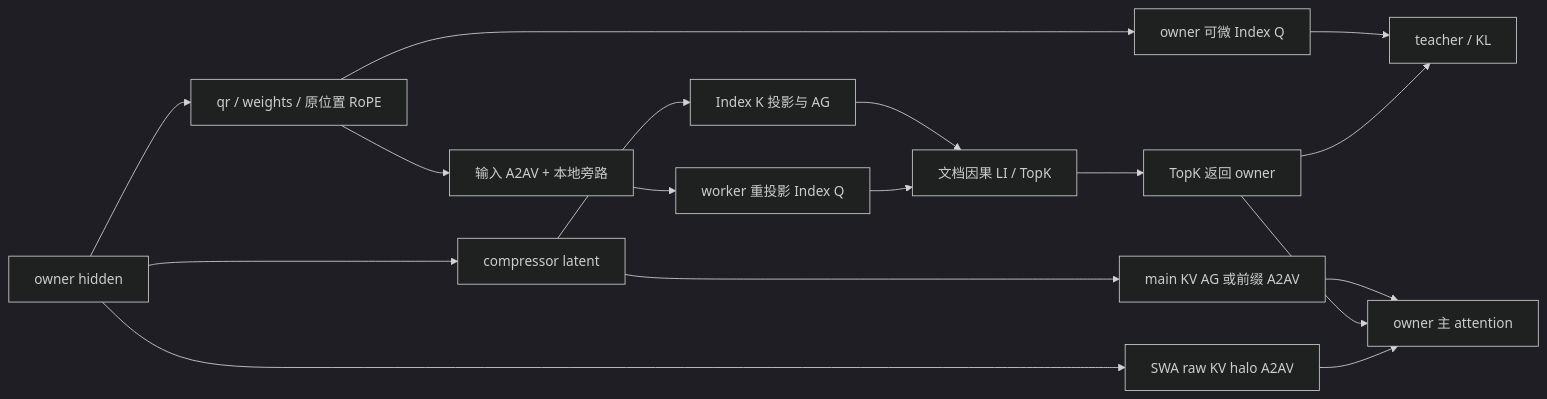
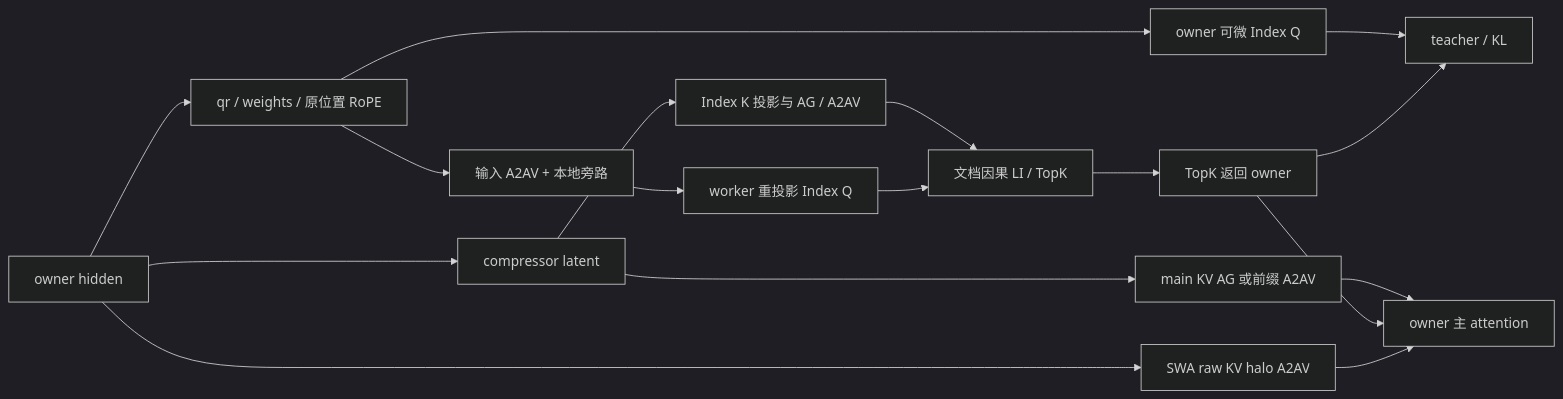
One commit to mindspore-ai/hyper-parallel changed the diagram in docs/guide/deepseek_v41_indexer_cp.md. Above: the diagram before and after it, drawn with Mermaid (dark theme). The commit also changed other lines of this file and 22 other files, not shown here.

````diff
--- a/docs/guide/deepseek_v41_indexer_cp.md
+++ b/docs/guide/deepseek_v41_indexer_cp.md
@@ -73,19 +86,19 @@
 ```mermaid
 flowchart LR
     H[owner hidden] --> QR[qr / weights / 原位置 RoPE]
     QR --> SEND[输入 A2AV + 本地旁路]
     SEND --> WQ[worker 重投影 Index Q]
     H --> COMP[compressor latent]
-    COMP --> IK[Index K 投影与 AG]
+    COMP --> IK[Index K 投影与 AG / A2AV]
     IK --> LI[文档因果 LI / TopK]
     WQ --> LI
     LI --> RET[TopK 返回 owner]
     QR --> OQ[owner 可微 Index Q]
     OQ --> KL[teacher / KL]
     RET --> KL
     COMP --> MK[main KV AG 或前缀 A2AV]
     MK --> ATTN[owner 主 attention]
     RET --> ATTN
     H --> RAW[SWA raw KV halo A2AV]
     RAW --> ATTN
 ```
````
